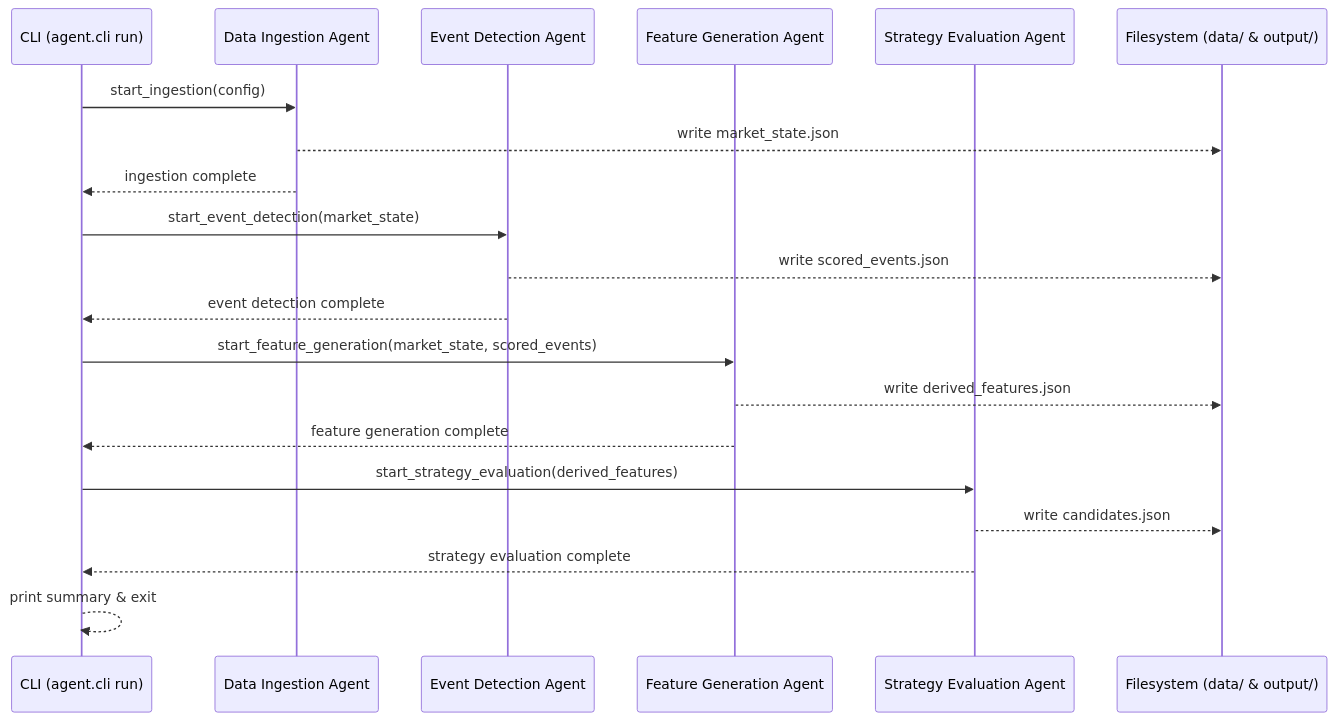
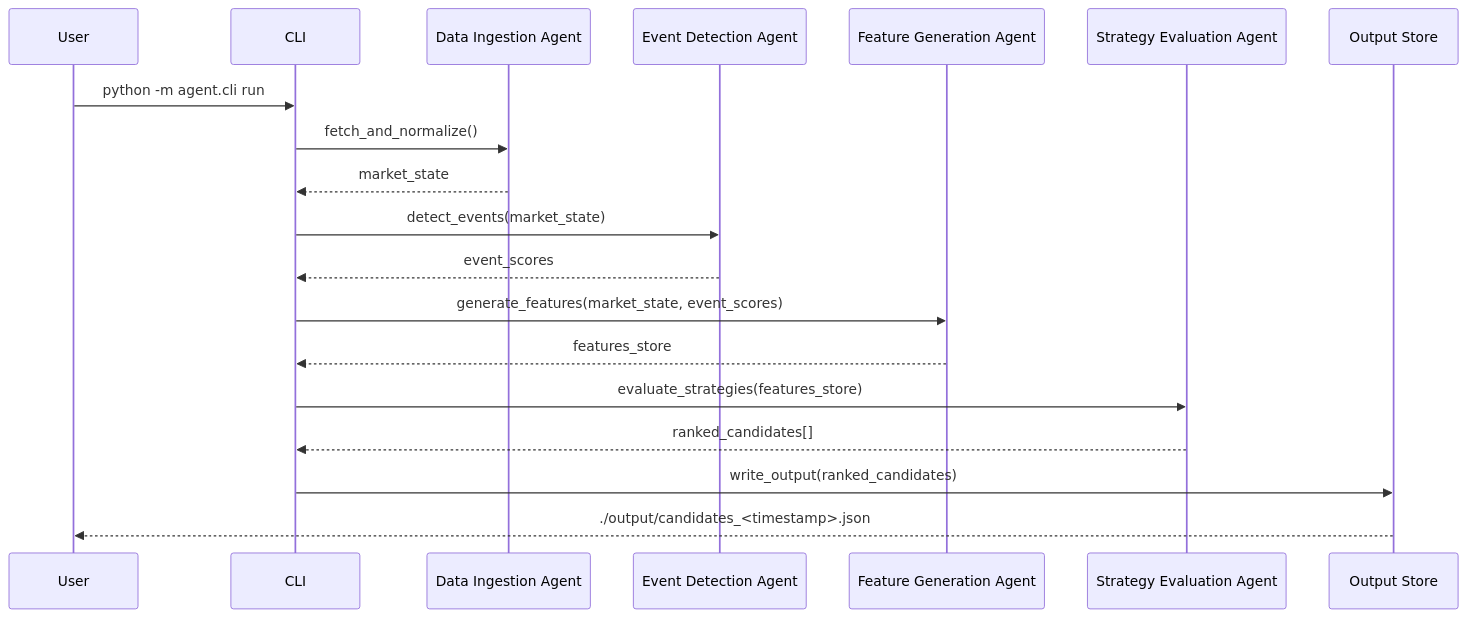
Before and after one commit to jeisenback/golden_boy_peanuts: the second of 2 diagrams in docs/generated/user_guide_full-pipeline.md, drawn with Mermaid. The commit also changed other lines of this file and 3 other files, not shown here.

First line of the commit message:
fix(pipeline): raise EventDetectionError — remove requests coupling (#126) (#138)

````diff
--- a/docs/generated/user_guide_full-pipeline.md
+++ b/docs/generated/user_guide_full-pipeline.md
@@ -256,27 +246,22 @@
 ```mermaid
 sequenceDiagram
-    participant CLI as CLI (agent.cli run)
-    participant IA  as Data Ingestion Agent
-    participant EA  as Event Detection Agent
-    participant FA  as Feature Generation Agent
-    participant SA  as Strategy Evaluation Agent
-    participant FS  as Filesystem (data/ & output/)
+    participant User
+    participant CLI
+    participant Ingestion as Data Ingestion Agent
+    participant Events as Event Detection Agent
+    participant Features as Feature Generation Agent
+    participant Strategy as Strategy Evaluation Agent
+    participant Store as Output Store
 
-    CLI->>IA: start_ingestion(config)
-    IA-->>FS: write market_state.json
-    IA-->>CLI: ingestion complete
-
-    CLI->>EA: start_event_detection(market_state)
-    EA-->>FS: write scored_events.json
-    EA-->>CLI: event detection complete
-
-    CLI->>FA: start_feature_generation(market_state, scored_events)
-    FA-->>FS: write derived_features.json
-    FA-->>CLI: feature generation complete
-
-    CLI->>SA: start_strategy_evaluation(derived_features)
-    SA-->>FS: write candidates.json
-    SA-->>CLI: strategy evaluation complete
-
-    CLI-->>CLI: print summary & exit
+    User->>CLI: python -m agent.cli run
+    CLI->>Ingestion: fetch_and_normalize()
+    Ingestion-->>CLI: market_state
+    CLI->>Events: detect_events(market_state)
+    Events-->>CLI: event_scores
+    CLI->>Features: generate_features(market_state, event_scores)
+    Features-->>CLI: features_store
+    CLI->>Strategy: evaluate_strategies(features_store)
+    Strategy-->>CLI: ranked_candidates[]
+    CLI->>Store: write_output(ranked_candidates)
+    Store-->>User: ./output/candidates_<timestamp>.json
 ```
````
